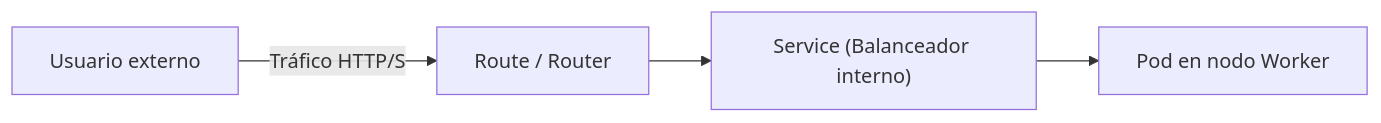
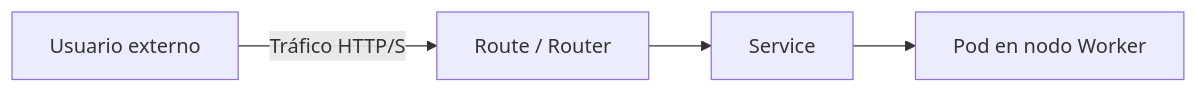
The fifth of 5 diagrams in docs/sesion1/1.5 Arquitectura cluster.md (ieftraining/curso-openshift), drawn with Mermaid before and after one commit. The commit also changed other lines of this file, not shown here.

````diff
--- a/docs/sesion1/1.5 Arquitectura cluster.md
+++ b/docs/sesion1/1.5 Arquitectura cluster.md
@@ -140,6 +140,6 @@
 ```mermaid
 flowchart LR
     U[Usuario externo] -->|Tráfico HTTP/S| R["Route / Router"]
-    R --> S["Service (Balanceador interno)"]
+    R --> S["Service"]
     S --> P["Pod en nodo Worker"]
 ```
````
